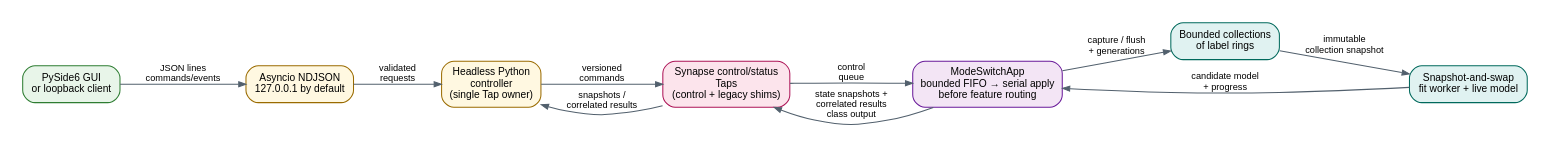
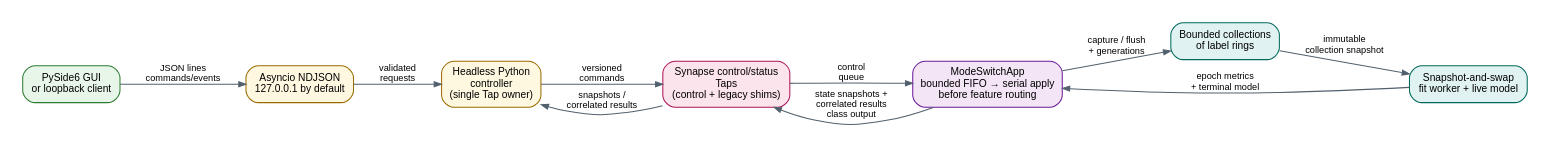
The diagram in apps/broadband-mode-switch/docs/gui-control-architecture.dot (Neuro-Mechatronics-Interfaces/ScienceXYZ), drawn with Graphviz before and after one commit. The commit also changed 12 other files, not shown here.

```diff
--- a/apps/broadband-mode-switch/docs/gui-control-architecture.dot
+++ b/apps/broadband-mode-switch/docs/gui-control-architecture.dot
@@ -1,23 +1,23 @@
 digraph broadband_gui_control {
   graph [rankdir=LR, bgcolor="white", pad="0.2", nodesep="0.35", ranksep="0.65"];
   node [shape=box, style="rounded,filled", fillcolor="#eef4ff", color="#315a9b", fontname="Arial", fontsize=10, margin="0.12,0.08"];
   edge [color="#52606d", arrowsize=0.7, fontname="Arial", fontsize=9];
 
   client [label="PySide6 GUI\nor loopback client", fillcolor="#e8f5e9", color="#2e7d32"];
   socket [label="Asyncio NDJSON\n127.0.0.1 by default", fillcolor="#fff8e1", color="#9a6b00"];
   controller [label="Headless Python\ncontroller\n(single Tap owner)", fillcolor="#fff8e1", color="#9a6b00"];
   taps [label="Synapse control/status\nTaps\n(control + legacy shims)", fillcolor="#fce4ec", color="#ad1457"];
   app [label="ModeSwitchApp\nbounded FIFO → serial apply\nbefore feature routing", fillcolor="#f3e5f5", color="#6a1b9a"];
   buffers [label="Bounded collections\nof label rings", fillcolor="#e0f2f1", color="#00695c"];
   fit [label="Snapshot-and-swap\nfit worker + live model", fillcolor="#e0f2f1", color="#00695c"];
 
   client -> socket [label="JSON lines\ncommands/events"];
   socket -> controller [label="validated\nrequests"];
   controller -> taps [label="versioned\ncommands"];
   taps -> app [label="control\nqueue"];
   app -> buffers [label="capture / flush\n+ generations"];
   buffers -> fit [label="immutable\ncollection snapshot"];
-  fit -> app [label="candidate model\n+ progress"];
+  fit -> app [label="epoch metrics\n+ terminal model"];
   app -> taps [label="state snapshots +\ncorrelated results\nclass output"];
   taps -> controller [label="snapshots /\ncorrelated results"];
 }
```
